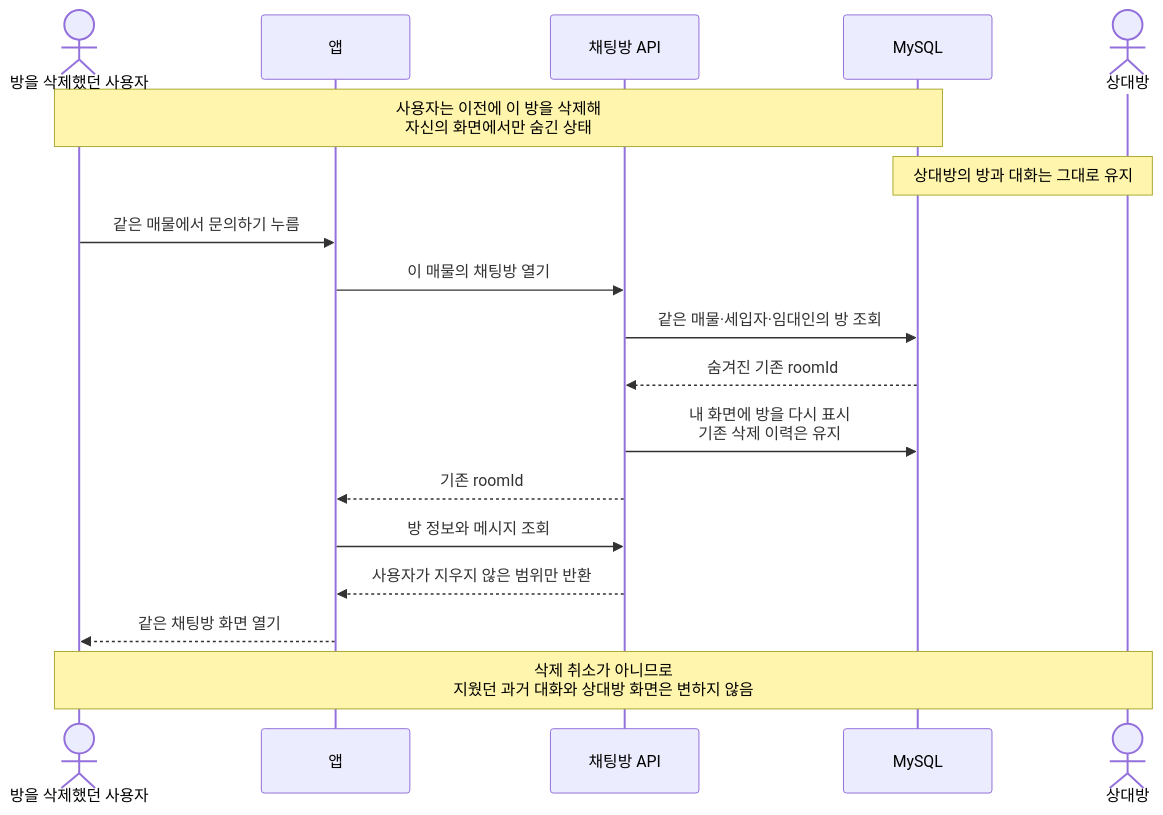
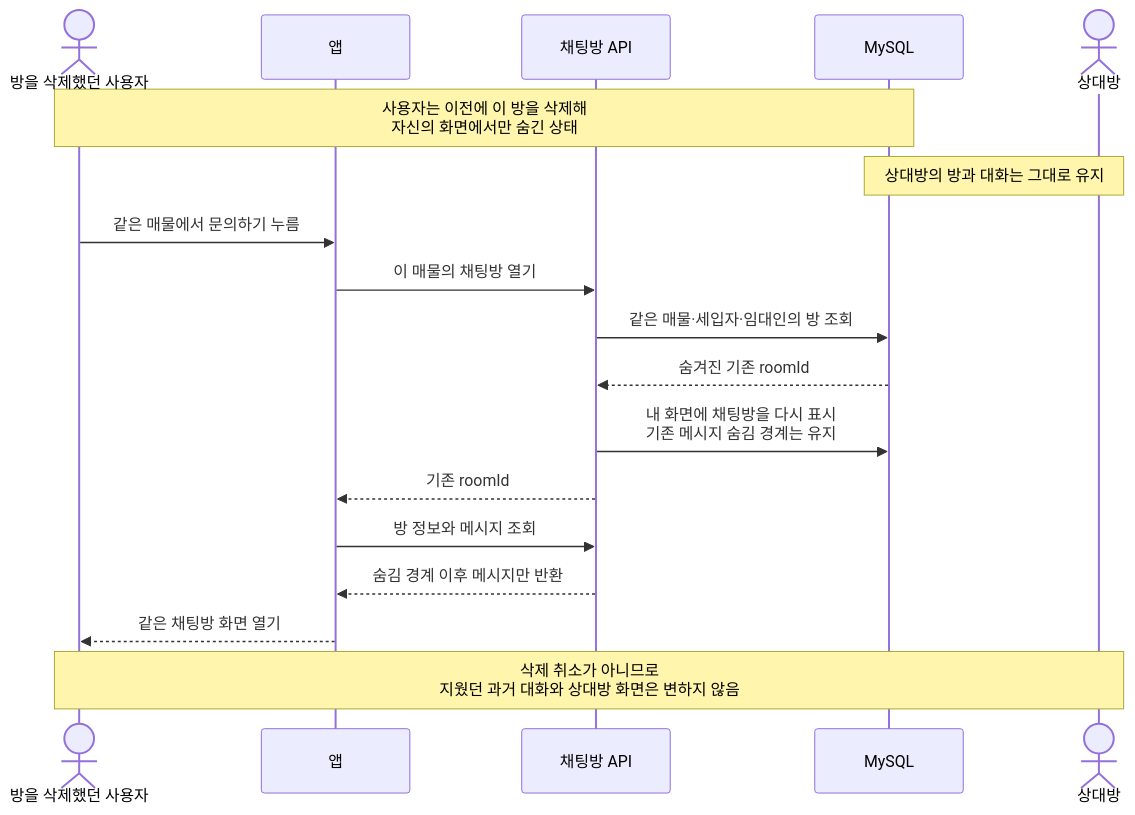
One commit to jameskim9509/Kohere-backend changed the fourth of 16 diagrams in docs/architecture/chat/05-sequence-diagrams.md. Above: the diagram before and after it, drawn with Mermaid. The commit also changed other lines of this file and 57 other files, not shown here.

````diff
--- a/docs/architecture/chat/05-sequence-diagrams.md
+++ b/docs/architecture/chat/05-sequence-diagrams.md
@@ -92,23 +105,23 @@
 ```mermaid
 sequenceDiagram
     actor U as 방을 삭제했던 사용자
     participant APP as 앱
     participant CHAT as 채팅방 API
     participant DB as MySQL
     actor O as 상대방
 
     Note over U,DB: 사용자는 이전에 이 방을 삭제해<br/>자신의 화면에서만 숨긴 상태
     Note over O,DB: 상대방의 방과 대화는 그대로 유지
 
     U->>APP: 같은 매물에서 문의하기 누름
     APP->>CHAT: 이 매물의 채팅방 열기
     CHAT->>DB: 같은 매물·세입자·임대인의 방 조회
     DB-->>CHAT: 숨겨진 기존 roomId
-    CHAT->>DB: 내 화면에 방을 다시 표시<br/>기존 삭제 이력은 유지
+    CHAT->>DB: 내 화면에 채팅방을 다시 표시<br/>기존 메시지 숨김 경계는 유지
     CHAT-->>APP: 기존 roomId
     APP->>CHAT: 방 정보와 메시지 조회
-    CHAT-->>APP: 사용자가 지우지 않은 범위만 반환
+    CHAT-->>APP: 숨김 경계 이후 메시지만 반환
     APP-->>U: 같은 채팅방 화면 열기
 
     Note over U,O: 삭제 취소가 아니므로<br/>지웠던 과거 대화와 상대방 화면은 변하지 않음
 ```
````
